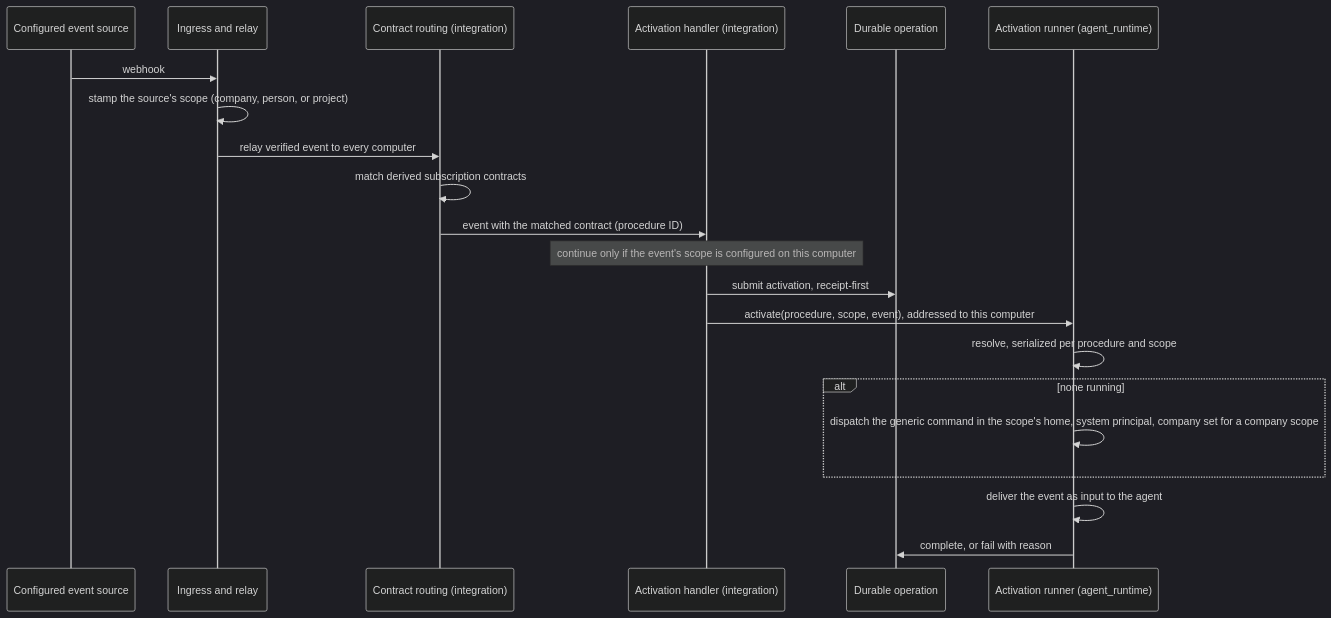
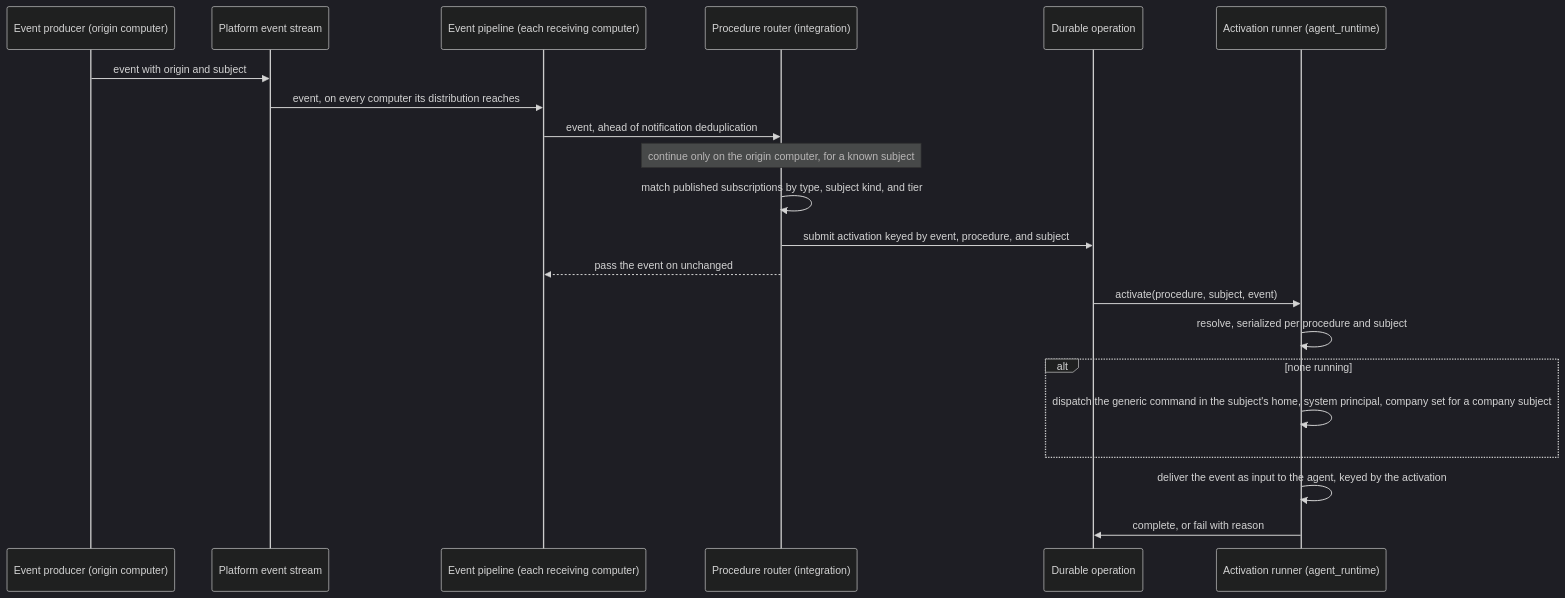
One commit to InstruktAI/TeleClaude changed the diagram in docs/local/design/architecture/procedure-activation.procedure-activation-gated-on-company.md. Above: the diagram before and after it, drawn with Mermaid (dark theme). The commit also changed other lines of this file and 11 other files, not shown here.

First line of the commit message:
docs(procedure-activation): re-derive pending contracts for origin-executed, subject-matched activation

````diff
--- a/docs/local/design/architecture/procedure-activation.procedure-activation-gated-on-company.md
+++ b/docs/local/design/architecture/procedure-activation.procedure-activation-gated-on-company.md
@@ -143,24 +164,24 @@
 ```mermaid
 sequenceDiagram
-    participant Src as Configured event source
-    participant Ing as Ingress and relay
-    participant Rt as Contract routing (integration)
-    participant Act as Activation handler (integration)
+    participant Prod as Event producer (origin computer)
+    participant Str as Platform event stream
+    participant Pl as Event pipeline (each receiving computer)
+    participant Rt as Procedure router (integration)
     participant Op as Durable operation
     participant AR as Activation runner (agent_runtime)
 
-    Src->>Ing: webhook
-    Ing->>Ing: stamp the source's scope (company, person, or project)
-    Ing->>Rt: relay verified event to every computer
-    Rt->>Rt: match derived subscription contracts
-    Rt->>Act: event with the matched contract (procedure ID)
-    Note over Act: continue only if the event's scope is configured on this computer
-    Act->>Op: submit activation, receipt-first
-    Act->>AR: activate(procedure, scope, event), addressed to this computer
-    AR->>AR: resolve, serialized per procedure and scope
+    Prod->>Str: event with origin and subject
+    Str->>Pl: event, on every computer its distribution reaches
+    Pl->>Rt: event, ahead of notification deduplication
+    Note over Rt: continue only on the origin computer, for a known subject
+    Rt->>Rt: match published subscriptions by type, subject kind, and tier
+    Rt->>Op: submit activation keyed by event, procedure, and subject
+    Rt-->>Pl: pass the event on unchanged
+    Op->>AR: activate(procedure, subject, event)
+    AR->>AR: resolve, serialized per procedure and subject
     alt none running
-        AR->>AR: dispatch the generic command in the scope's home, system principal, company set for a company scope
+        AR->>AR: dispatch the generic command in the subject's home, system principal, company set for a company subject
     end
-    AR->>AR: deliver the event as input to the agent
+    AR->>AR: deliver the event as input to the agent, keyed by the activation
     AR->>Op: complete, or fail with reason
 ```
````
